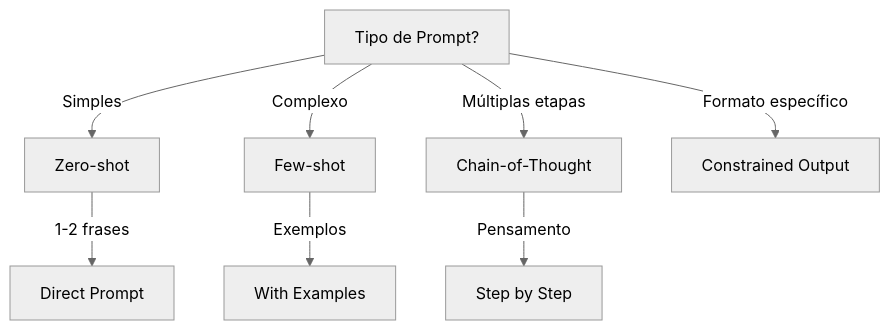
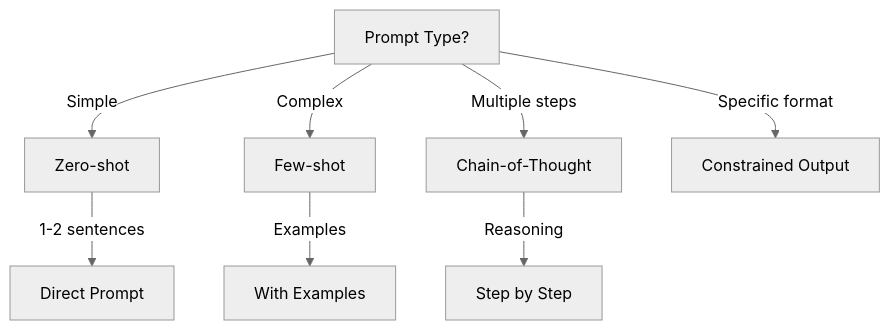
The diagram in skills/prompt-engineering/SKILL.md (lscheffel/ignite-agents-skills), drawn with Mermaid (neutral theme) before and after one commit. The commit also changed other lines of this file and 1024 other files, not shown here.

````diff
--- a/skills/prompt-engineering/SKILL.md
+++ b/skills/prompt-engineering/SKILL.md
@@ -32,10 +43,10 @@
 ```mermaid
 graph TD
-    A[Tipo de Prompt?] -->|Simples| B[Zero-shot]
-    A -->|Complexo| C[Few-shot]
-    A -->|Múltiplas etapas| D[Chain-of-Thought]
-    A -->|Formato específico| E[Constrained Output]
-    B -->|1-2 frases| F[Direct Prompt]
-    C -->|Exemplos| G[With Examples]
-    D -->|Pensamento| H[Step by Step]
+    A[Prompt Type?] -->|Simple| B[Zero-shot]
+    A -->|Complex| C[Few-shot]
+    A -->|Multiple steps| D[Chain-of-Thought]
+    A -->|Specific format| E[Constrained Output]
+    B -->|1-2 sentences| F[Direct Prompt]
+    C -->|Examples| G[With Examples]
+    D -->|Reasoning| H[Step by Step]
 ```
````
